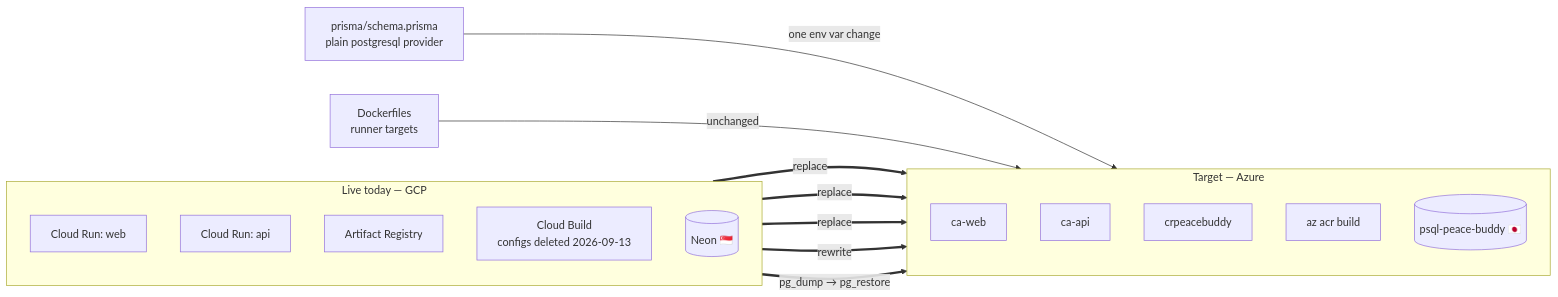
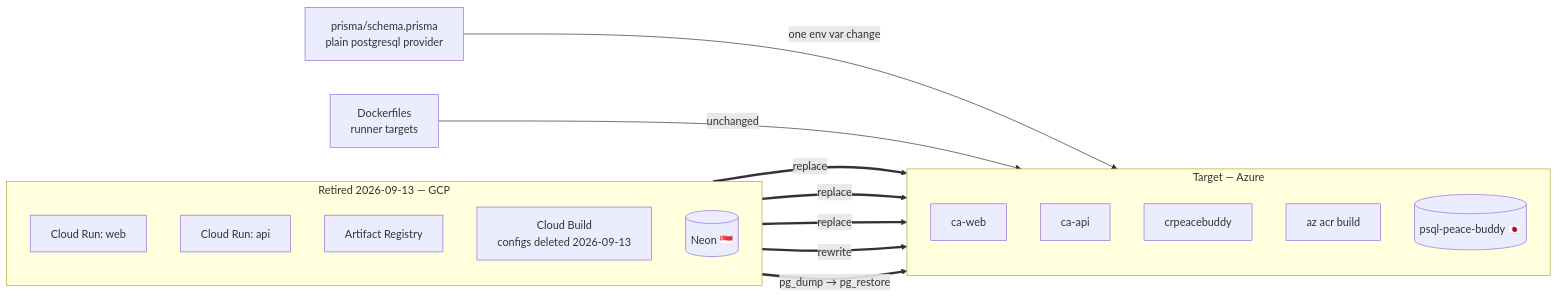
One commit to Lynns0416/buddy-app-copy changed the third of 7 diagrams in docs/deploy-plan.md. Above: the diagram before and after it, drawn with Mermaid. The commit also changed other lines of this file and 5 other files, not shown here.

````diff
--- a/docs/deploy-plan.md
+++ b/docs/deploy-plan.md
@@ -130,32 +127,32 @@
 ```mermaid
 flowchart LR
-    subgraph NOW["Live today — GCP"]
+    subgraph NOW["Retired 2026-09-13 — GCP"]
         direction TB
         CRW["Cloud Run: web"]
         CRA["Cloud Run: api"]
         AR["Artifact Registry"]
         CB["Cloud Build<br/>configs deleted 2026-09-13"]
         NEON[("Neon 🇸🇬")]
     end
 
     subgraph NEXT["Target — Azure"]
         direction TB
         CAW["ca-web"]
         CAA["ca-api"]
         ACR2["crpeacebuddy"]
         AZB["az acr build"]
         PG2[("psql-peace-buddy 🇯🇵")]
     end
 
     DF["Dockerfiles<br/>runner targets"]
     SC["prisma/schema.prisma<br/>plain postgresql provider"]
 
     CRW ==>|replace| CAW
     CRA ==>|replace| CAA
     AR ==>|replace| ACR2
     CB ==>|rewrite| AZB
     NEON ==>|"pg_dump → pg_restore"| PG2
 
     DF -->|unchanged| NEXT
     SC -->|"one env var change"| PG2
 ```
````
